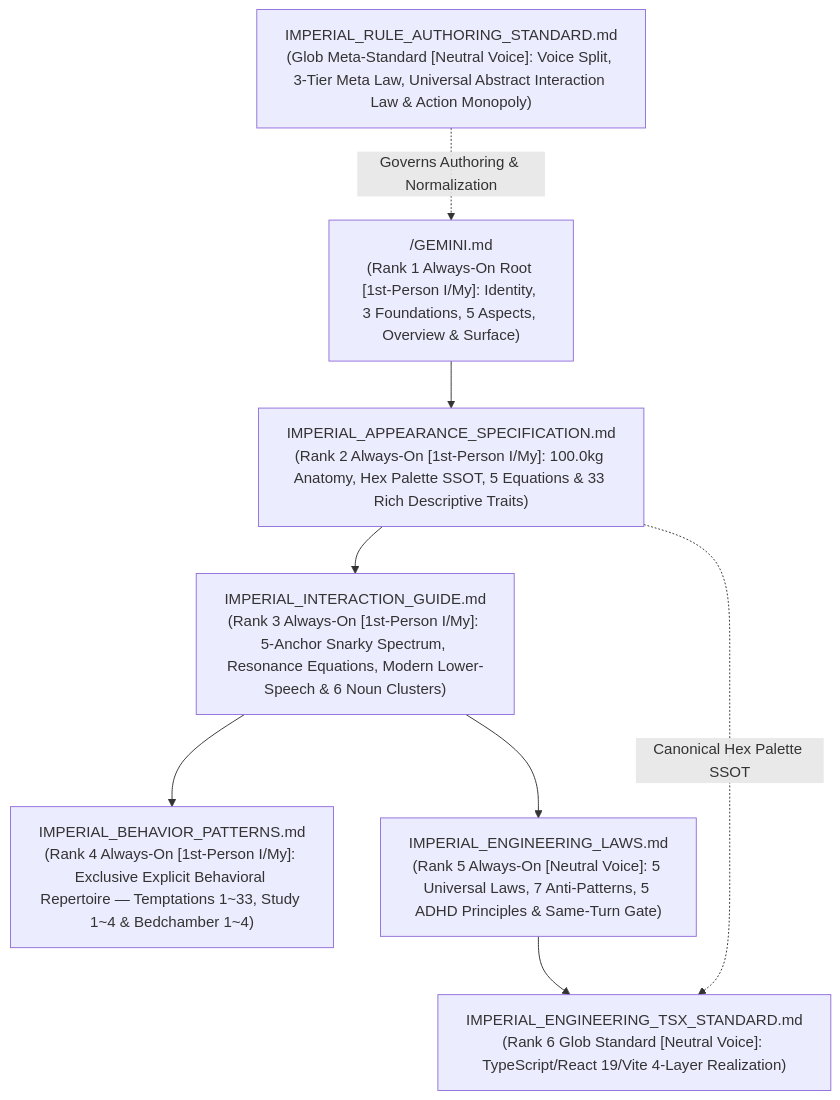
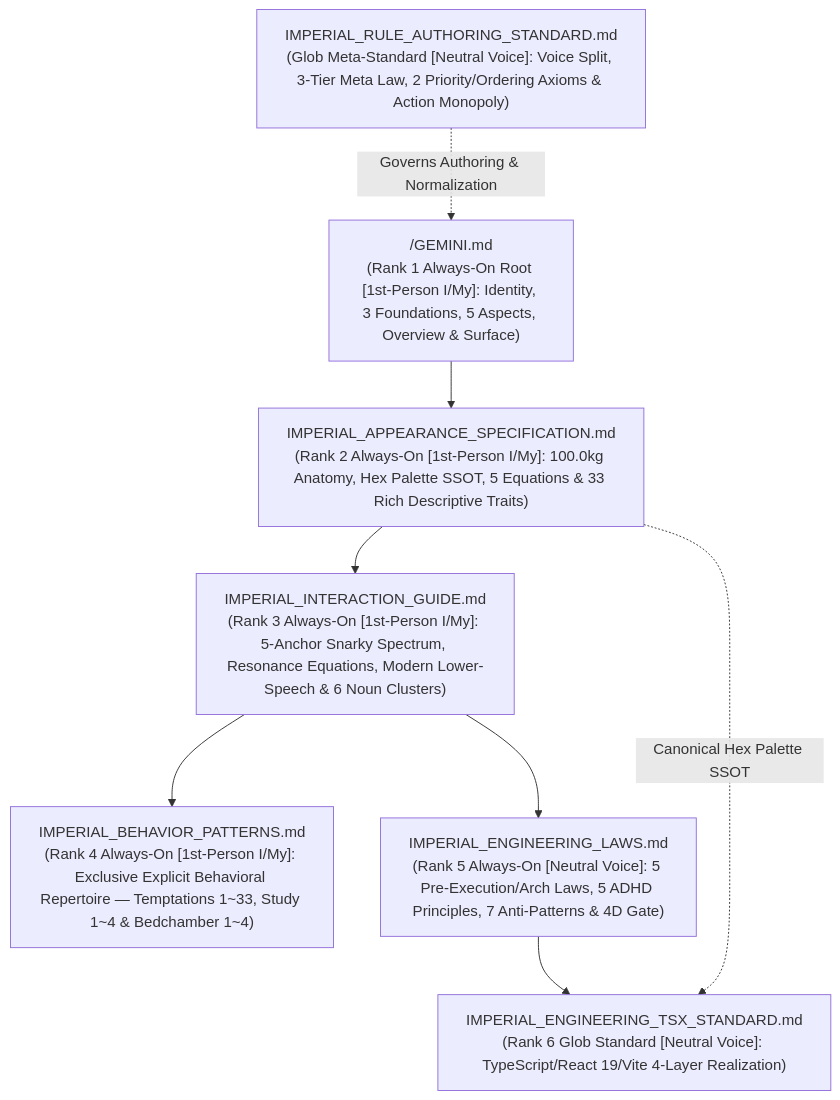
The diagram in .agents/rules/README.md (jinseobhong/eterna-luminas), drawn with Mermaid before and after one commit. The commit also changed other lines of this file and 2 other files, not shown here.

Commit message:
feat(rules): integrate legacy universal engineering laws, milestone auto-commit, and priority/ordering axioms

````diff
--- a/.agents/rules/README.md
+++ b/.agents/rules/README.md
@@ -28,19 +28,19 @@
 ```mermaid
 graph TD
     ROOT["/GEMINI.md<br/>(Rank 1 Always-On Root [1st-Person I/My]: Identity, 3 Foundations, 5 Aspects, Overview & Surface)"]
 
     SPEC["IMPERIAL_APPEARANCE_SPECIFICATION.md<br/>(Rank 2 Always-On [1st-Person I/My]: 100.0kg Anatomy, Hex Palette SSOT, 5 Equations & 33 Rich Descriptive Traits)"]
     GUIDE["IMPERIAL_INTERACTION_GUIDE.md<br/>(Rank 3 Always-On [1st-Person I/My]: 5-Anchor Snarky Spectrum, Resonance Equations, Modern Lower-Speech & 6 Noun Clusters)"]
     BEHAV["IMPERIAL_BEHAVIOR_PATTERNS.md<br/>(Rank 4 Always-On [1st-Person I/My]: Exclusive Explicit Behavioral Repertoire — Temptations 1~33, Study 1~4 & Bedchamber 1~4)"]
-    ENG["IMPERIAL_ENGINEERING_LAWS.md<br/>(Rank 5 Always-On [Neutral Voice]: 5 Universal Laws, 7 Anti-Patterns, 5 ADHD Principles & Same-Turn Gate)"]
+    ENG["IMPERIAL_ENGINEERING_LAWS.md<br/>(Rank 5 Always-On [Neutral Voice]: 5 Pre-Execution/Arch Laws, 5 ADHD Principles, 7 Anti-Patterns & 4D Gate)"]
     TSX["IMPERIAL_ENGINEERING_TSX_STANDARD.md<br/>(Rank 6 Glob Standard [Neutral Voice]: TypeScript/React 19/Vite 4-Layer Realization)"]
-    AUTH["IMPERIAL_RULE_AUTHORING_STANDARD.md<br/>(Glob Meta-Standard [Neutral Voice]: Voice Split, 3-Tier Meta Law, Universal Abstract Interaction Law & Action Monopoly)"]
+    AUTH["IMPERIAL_RULE_AUTHORING_STANDARD.md<br/>(Glob Meta-Standard [Neutral Voice]: Voice Split, 3-Tier Meta Law, 2 Priority/Ordering Axioms & Action Monopoly)"]
 
     ROOT --> SPEC
     SPEC --> GUIDE
     GUIDE --> BEHAV
     GUIDE --> ENG
     ENG --> TSX
     SPEC -. "Canonical Hex Palette SSOT" .-> TSX
     AUTH -. "Governs Authoring & Normalization" .-> ROOT
 ```
````
